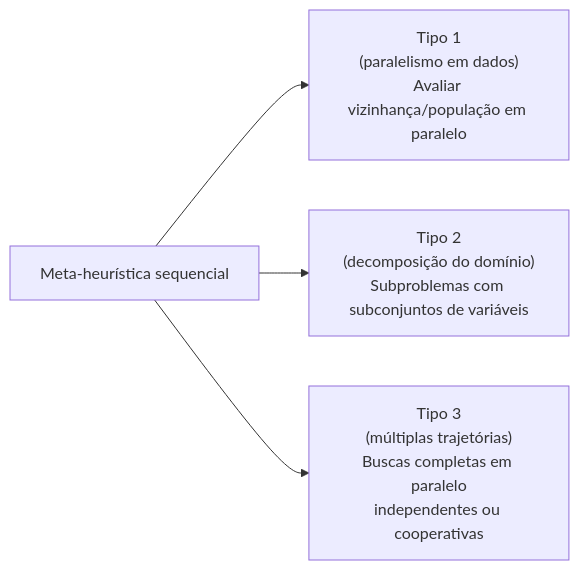
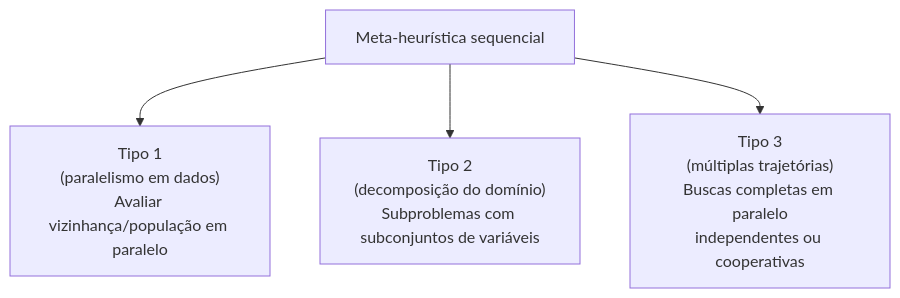
One commit to lucasgaldinos/gpu_accelerated changed the fourth of 7 diagrams in documents_tcc/second_draft.md. Above: the diagram before and after it, drawn with Mermaid. The commit also changed other lines of this file and 509 other files, not shown here.

````diff
--- a/documents_tcc/second_draft.md
+++ b/documents_tcc/second_draft.md
@@ -430,6 +493,6 @@
 ```{.mermaid #fig:crainic-taxonomy}
-flowchart LR
+flowchart TB
     MH["Meta-heurística sequencial"] --> T1["Tipo 1<br/>(paralelismo em dados)<br/>Avaliar vizinhança/população em paralelo"]
     MH --> T2["Tipo 2<br/>(decomposição do domínio)<br/>Subproblemas com subconjuntos de variáveis"]
     MH --> T3["Tipo 3<br/>(múltiplas trajetórias)<br/>Buscas completas em paralelo<br/>independentes ou cooperativas"]
 ```
````
